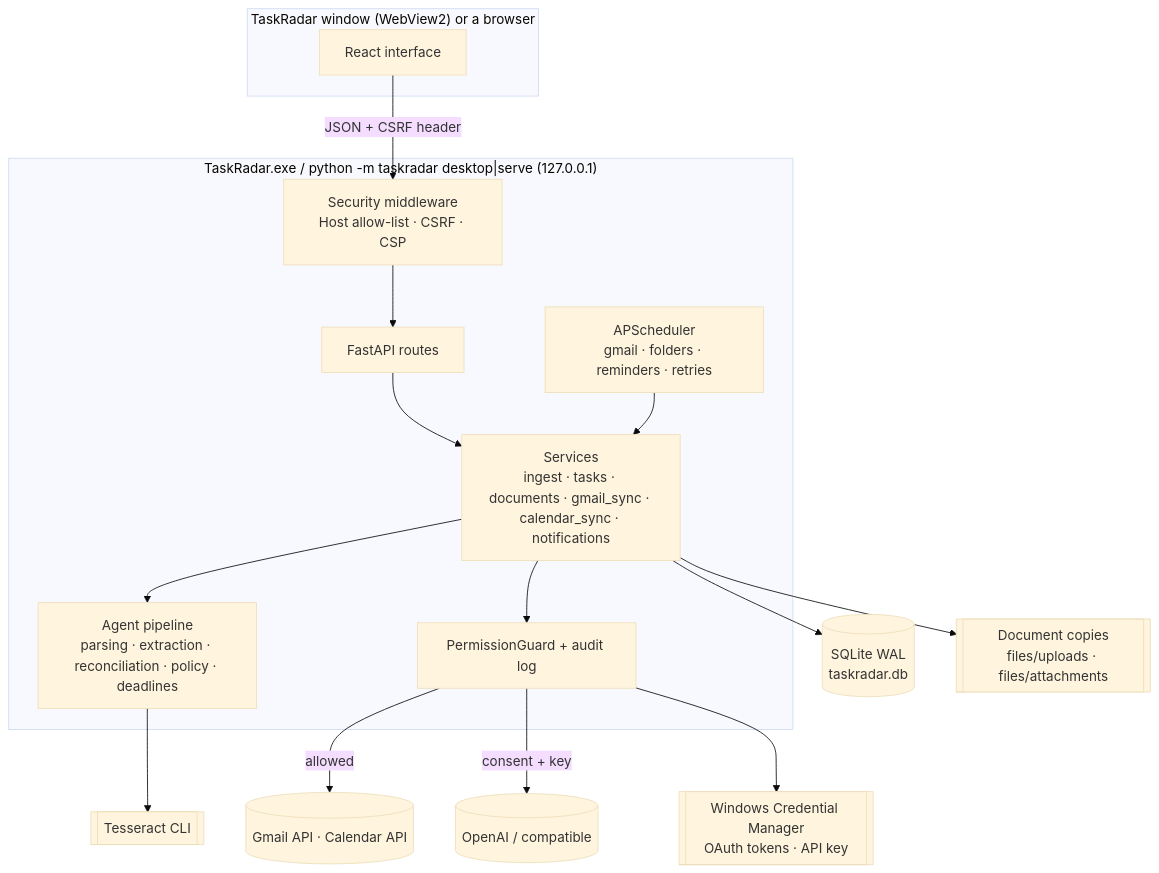
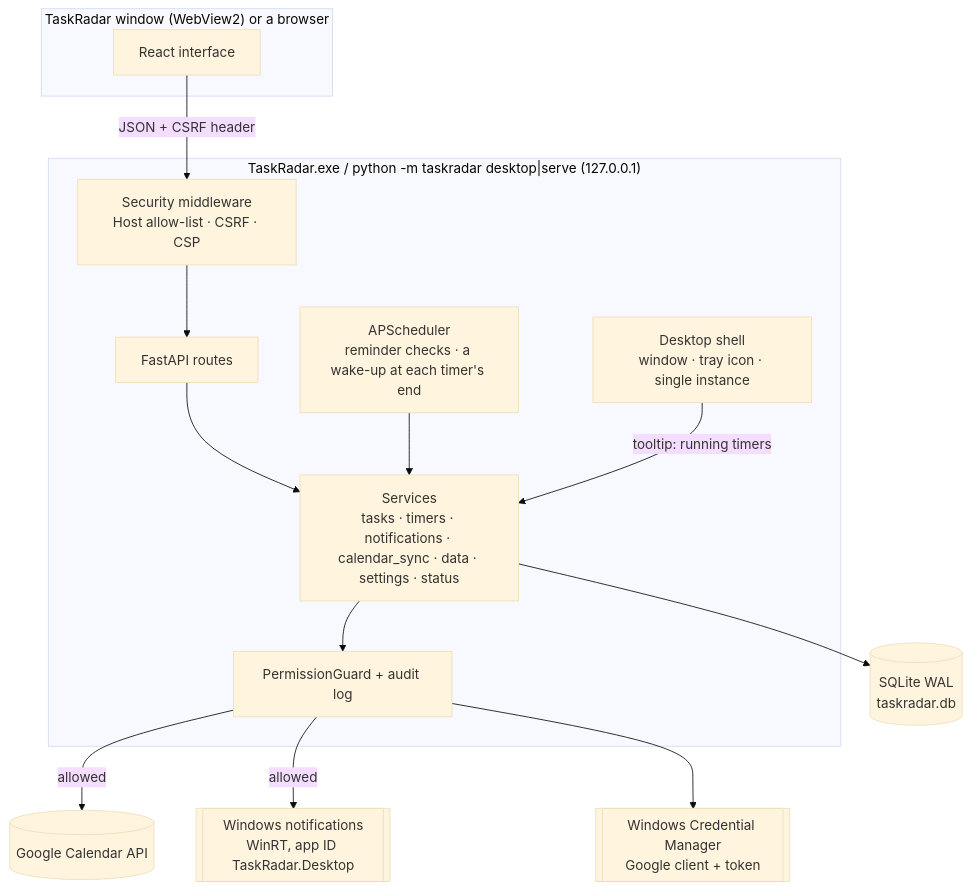
One commit to HappyOwl-Wen/Taskradar changed the diagram in ARCHITECTURE.md. Above: the diagram before and after it, drawn with Mermaid (base theme). The commit also changed other lines of this file and 218 other files, not shown here.

````diff
--- a/ARCHITECTURE.md
+++ b/ARCHITECTURE.md
@@ -25,30 +24,27 @@
 ```mermaid
 flowchart TB
     subgraph Window["TaskRadar window (WebView2) or a browser"]
         UI[React interface]
     end
     subgraph Process["TaskRadar.exe / python -m taskradar desktop|serve (127.0.0.1)"]
         MW[Security middleware<br/>Host allow-list · CSRF · CSP]
         API[FastAPI routes]
-        SVC[Services<br/>ingest · tasks · documents · gmail_sync · calendar_sync · notifications]
-        AGENT[Agent pipeline<br/>parsing · extraction · reconciliation · policy · deadlines]
-        SCHED[APScheduler<br/>gmail · folders · reminders · retries]
+        SVC[Services<br/>tasks · timers · notifications · calendar_sync · data · settings · status]
+        SCHED[APScheduler<br/>reminder checks · a wake-up at each timer's end]
         GUARD[PermissionGuard + audit log]
+        SHELL[Desktop shell<br/>window · tray icon · single instance]
     end
     DB[(SQLite WAL<br/>taskradar.db)]
-    FILES[[Document copies<br/>files/uploads · files/attachments]]
-    CRED[[Windows Credential Manager<br/>OAuth tokens · API key]]
-    GOOGLE[(Gmail API · Calendar API)]
-    LLM[(OpenAI / compatible)]
-    OCR[[Tesseract CLI]]
+    CRED[[Windows Credential Manager<br/>Google client + token]]
+    TOAST[[Windows notifications<br/>WinRT, app ID TaskRadar.Desktop]]
+    GOOGLE[(Google Calendar API)]
 
-    UI -->|JSON + CSRF header| MW --> API --> SVC --> AGENT
+    UI -->|JSON + CSRF header| MW --> API --> SVC
     SCHED --> SVC
     SVC --> DB
-    SVC --> FILES
-    AGENT --> OCR
     SVC --> GUARD
     GUARD -->|allowed| GOOGLE
-    GUARD -->|consent + key| LLM
+    GUARD -->|allowed| TOAST
     GUARD --> CRED
+    SHELL -->|tooltip: running timers| SVC
 ```
````
